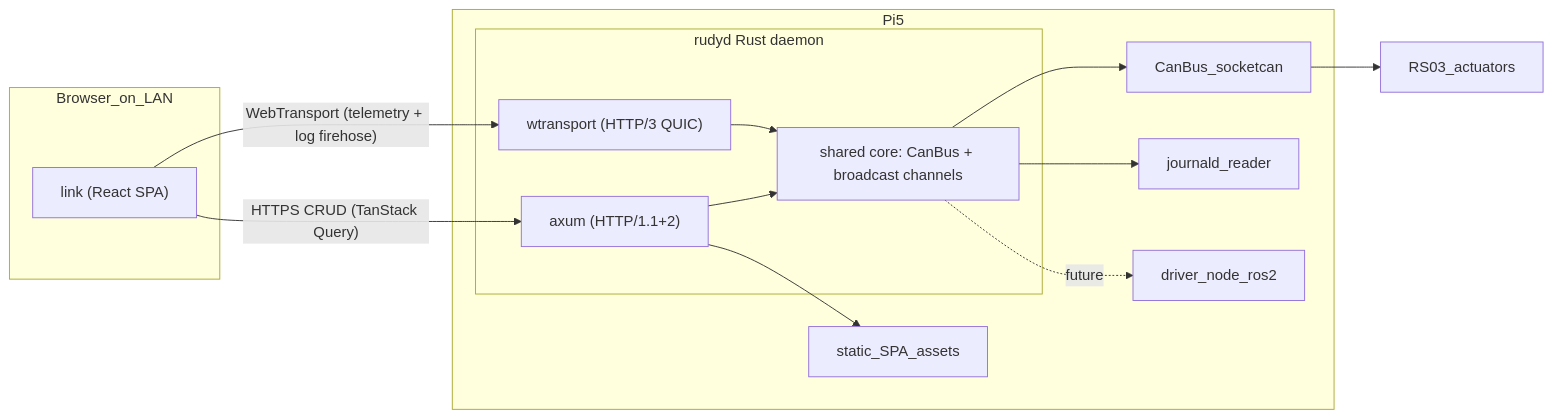
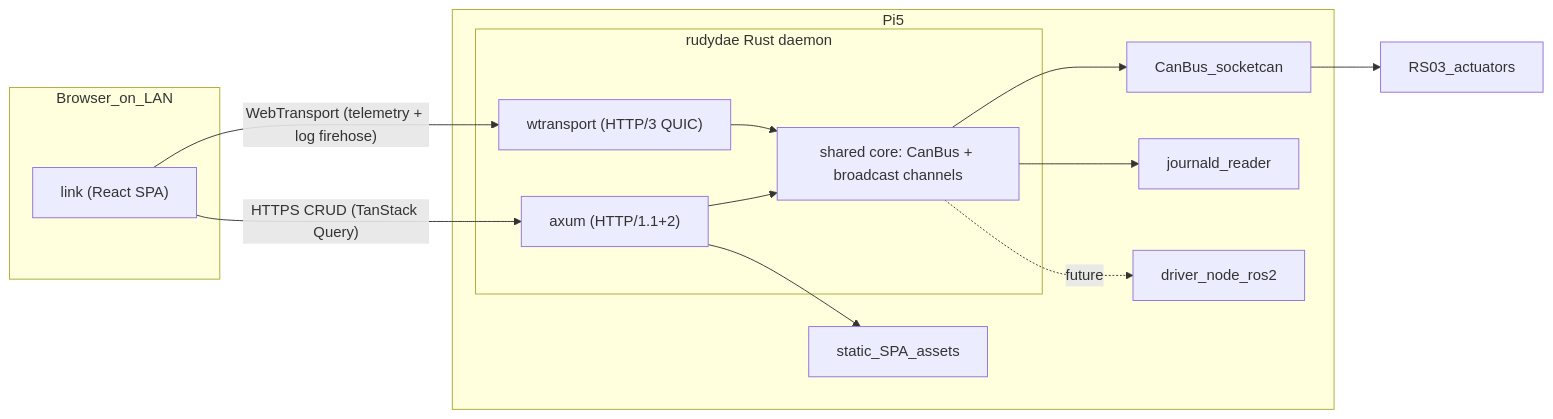
Before and after one commit to jaylamping/rudy: the diagram in .cursor/plans/rudy_operator_console_612a3725.plan.md, drawn with Mermaid. The commit also changed other lines of this file and 57 other files, not shown here.

````diff
--- a/.cursor/plans/rudy_operator_console_612a3725.plan.md
+++ b/.cursor/plans/rudy_operator_console_612a3725.plan.md
@@ -63,22 +63,22 @@
 ```mermaid
 graph LR
   subgraph browser [Browser_on_LAN]
     SPA["link (React SPA)"]
   end
   subgraph pi5 [Pi5]
-    subgraph daemon [rudyd Rust daemon]
+    subgraph daemon [rudydae Rust daemon]
       Axum["axum (HTTP/1.1+2)"]
       WT["wtransport (HTTP/3 QUIC)"]
       Core["shared core: CanBus + broadcast channels"]
       Axum --> Core
       WT --> Core
     end
     Core --> Bus[CanBus_socketcan]
     Core --> Journald[journald_reader]
     Core -. future .-> ROS[driver_node_ros2]
     Axum --> Static[static_SPA_assets]
   end
   SPA -->|"HTTPS CRUD (TanStack Query)"| Axum
   SPA -->|"WebTransport (telemetry + log firehose)"| WT
   Bus --> RS03[RS03_actuators]
 ```
````
